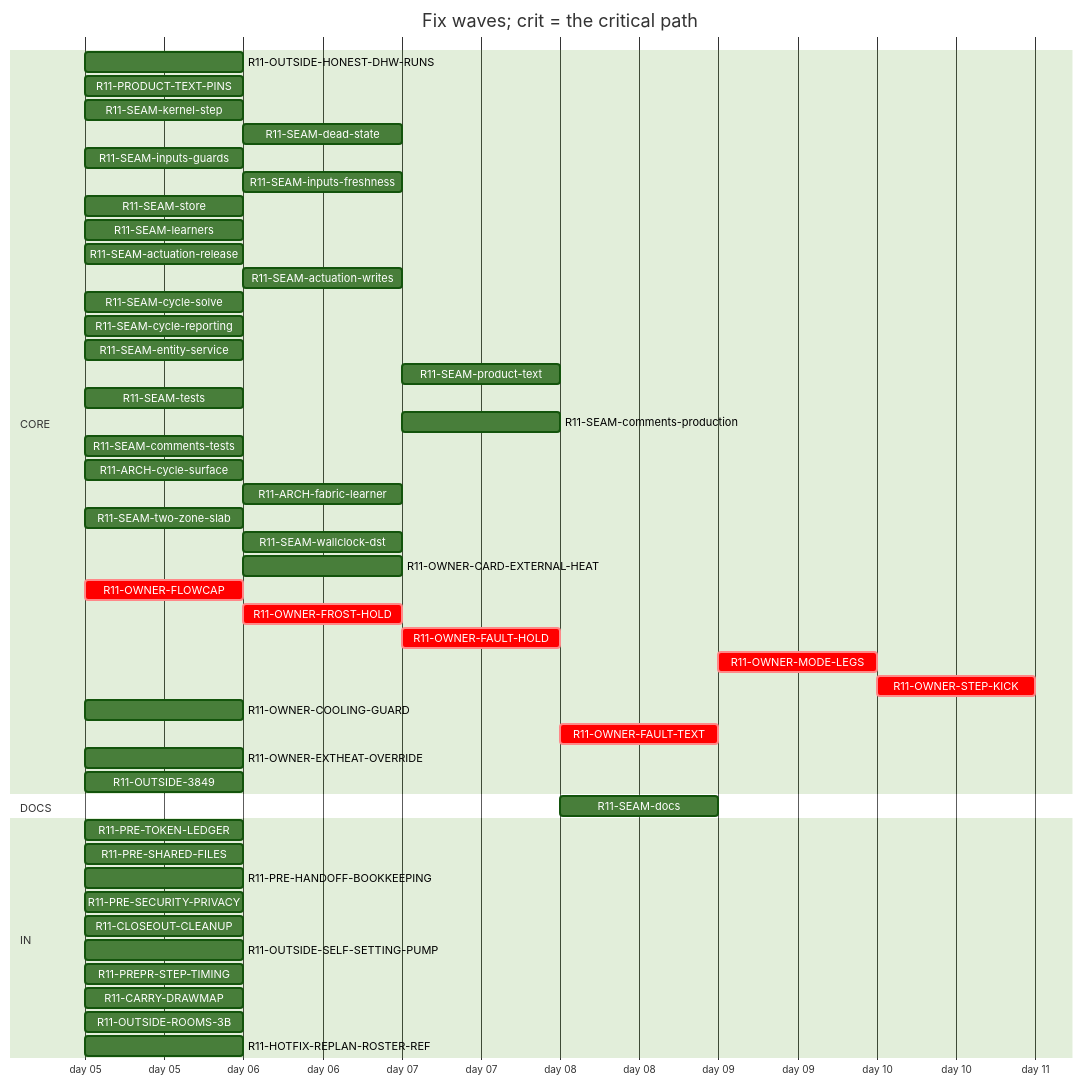
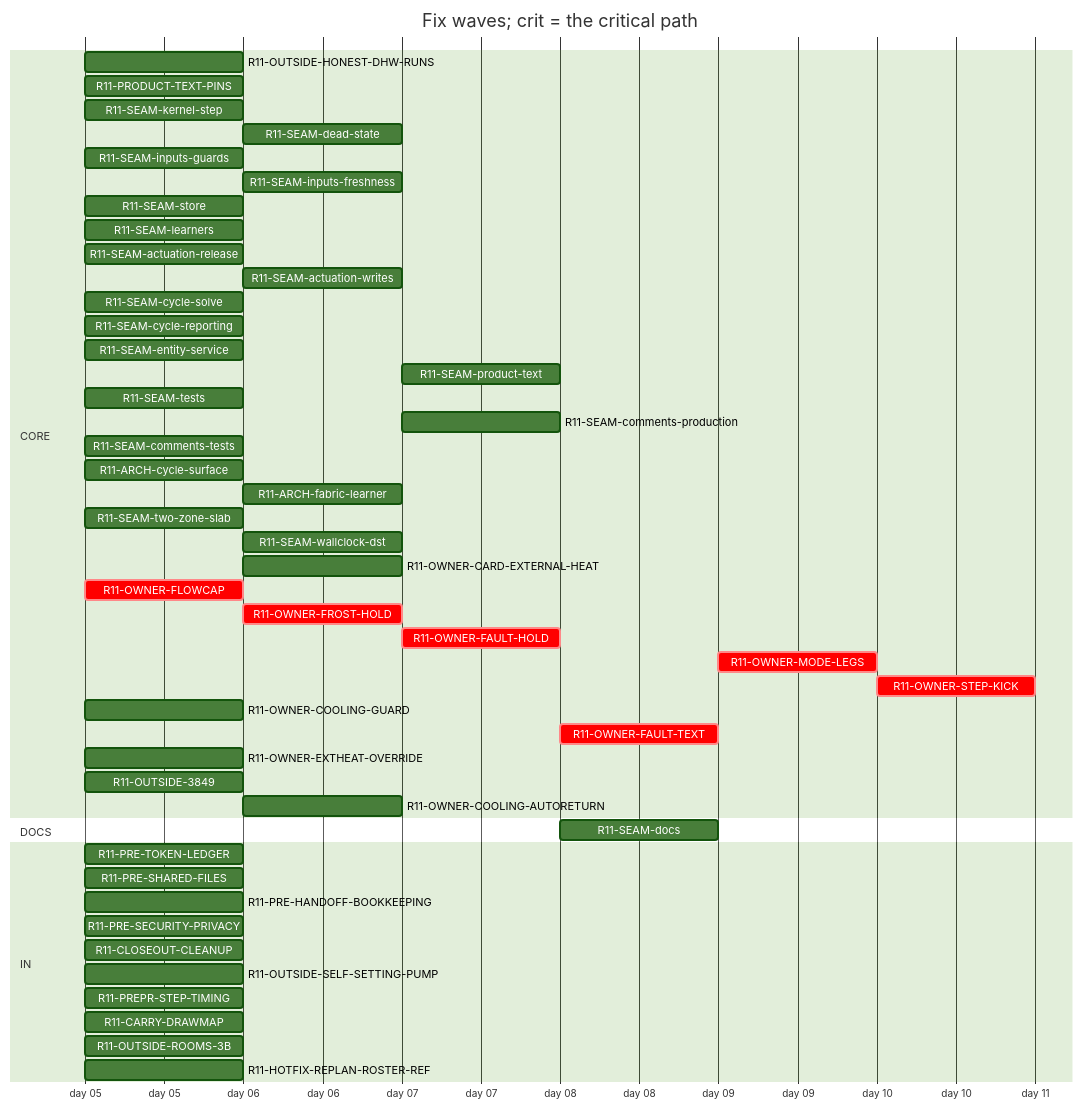
Before and after one commit to tvofi/heatpump_optimizer: the diagram in handoff/round11/state/PLAN-TABLE.md, drawn with Mermaid (forest theme). The commit also changed other lines of this file and 4 other files, not shown here.

Commit message:
state: FLOW-BOARD.md, NEXT-SESSION-PROMPT.md, PLAN-TABLE.md, PLAN.html, RESUME-CURRENT.md regenerated (state_docs.py)

````diff
--- a/handoff/round11/state/PLAN-TABLE.md
+++ b/handoff/round11/state/PLAN-TABLE.md
@@ -16,51 +16,52 @@
 ```mermaid
 gantt
   title Fix waves; crit = the critical path
   dateFormat YYYY-MM-DD
   axisFormat day %d
   section CORE
     R11-OUTSIDE-HONEST-DHW-RUNS :r11OUTSIDEHONESTDHWRUNS, 2026-01-05, 1d
     R11-PRODUCT-TEXT-PINS :r11PRODUCTTEXTPINS, 2026-01-05, 1d
     R11-SEAM-kernel-step :r11SEAMkernelstep, 2026-01-05, 1d
     R11-SEAM-dead-state :r11SEAMdeadstate, after r11SEAMstore, 1d
     R11-SEAM-inputs-guards :r11SEAMinputsguards, 2026-01-05, 1d
     R11-SEAM-inputs-freshness :r11SEAMinputsfreshness, after r11SEAMkernelstep, 1d
     R11-SEAM-store :r11SEAMstore, 2026-01-05, 1d
     R11-SEAM-learners :r11SEAMlearners, 2026-01-05, 1d
     R11-SEAM-actuation-release :r11SEAMactuationrelease, 2026-01-05, 1d
     R11-SEAM-actuation-writes :r11SEAMactuationwrites, after r11SEAMkernelstep r11SEAMactuationrelease, 1d
     R11-SEAM-cycle-solve :r11SEAMcyclesolve, 2026-01-05, 1d
     R11-SEAM-cycle-reporting :r11SEAMcyclereporting, 2026-01-05, 1d
     R11-SEAM-entity-service :r11SEAMentityservice, 2026-01-05, 1d
     R11-SEAM-product-text :r11SEAMproducttext, after r11SEAMactuationrelease r11SEAMactuationwrites r11SEAMentityservice r11SEAMinputsguards r11SEAMinputsfreshness r11SEAMcyclesolve r11SEAMcyclereporting, 1d
     R11-SEAM-tests :r11SEAMtests, 2026-01-05, 1d
     R11-SEAM-comments-production :r11SEAMcommentsproduction, after r11SEAMactuationrelease r11SEAMactuationwrites r11SEAMentityservice r11SEAMinputsguards r11SEAMinputsfreshness r11SEAMcyclesolve r11SEAMcyclereporting, 1d
     R11-SEAM-comments-tests :r11SEAMcommentstests, 2026-01-05, 1d
     R11-ARCH-cycle-surface :r11ARCHcyclesurface, 2026-01-05, 1d
     R11-ARCH-fabric-learner :r11ARCHfabriclearner, after r11SEAMlearners, 1d
     R11-SEAM-two-zone-slab :r11SEAMtwozoneslab, 2026-01-05, 1d
     R11-SEAM-wallclock-dst :r11SEAMwallclockdst, after r11SEAMkernelstep, 1d
     R11-OWNER-CARD-EXTERNAL-HEAT :r11OWNERCARDEXTERNALHEAT, after r11OWNEREXTHEATOVERRIDE, 1d
     R11-OWNER-FLOWCAP :crit, r11OWNERFLOWCAP, 2026-01-05, 1d
     R11-OWNER-FROST-HOLD :crit, r11OWNERFROSTHOLD, after r11OWNERFLOWCAP, 1d
     R11-OWNER-FAULT-HOLD :crit, r11OWNERFAULTHOLD, after r11OWNERFROSTHOLD, 1d
     R11-OWNER-MODE-LEGS :crit, r11OWNERMODELEGS, after r11OWNERFAULTTEXT, 1d
     R11-OWNER-STEP-KICK :crit, r11OWNERSTEPKICK, after r11OWNERMODELEGS, 1d
     R11-OWNER-COOLING-GUARD :r11OWNERCOOLINGGUARD, 2026-01-05, 1d
     R11-OWNER-FAULT-TEXT :crit, r11OWNERFAULTTEXT, after r11OWNERFAULTHOLD, 1d
     R11-OWNER-EXTHEAT-OVERRIDE :r11OWNEREXTHEATOVERRIDE, 2026-01-05, 1d
     R11-OUTSIDE-3849 :r11OUTSIDE3849, 2026-01-05, 1d
+    R11-OWNER-COOLING-AUTORETURN :r11OWNERCOOLINGAUTORETURN, after r11OWNERCOOLINGGUARD, 1d
   section DOCS
     R11-SEAM-docs :r11SEAMdocs, after r11SEAMlearners r11SEAMactuationrelease r11SEAMactuationwrites r11SEAMentityservice r11SEAMinputsguards r11SEAMinputsfreshness r11SEAMcyclesolve r11SEAMcyclereporting r11SEAMproducttext, 1d
   section IN
     R11-PRE-TOKEN-LEDGER :r11PRETOKENLEDGER, 2026-01-05, 1d
     R11-PRE-SHARED-FILES :r11PRESHAREDFILES, 2026-01-05, 1d
     R11-PRE-HANDOFF-BOOKKEEPING :r11PREHANDOFFBOOKKEEPING, 2026-01-05, 1d
     R11-PRE-SECURITY-PRIVACY :r11PRESECURITYPRIVACY, 2026-01-05, 1d
     R11-CLOSEOUT-CLEANUP :r11CLOSEOUTCLEANUP, 2026-01-05, 1d
     R11-OUTSIDE-SELF-SETTING-PUMP :r11OUTSIDESELFSETTINGPUMP, 2026-01-05, 1d
     R11-PREPR-STEP-TIMING :r11PREPRSTEPTIMING, 2026-01-05, 1d
     R11-CARRY-DRAWMAP :r11CARRYDRAWMAP, 2026-01-05, 1d
     R11-OUTSIDE-ROOMS-3B :r11OUTSIDEROOMS3B, 2026-01-05, 1d
     R11-HOTFIX-REPLAN-ROSTER-REF :r11HOTFIXREPLANROSTERREF, 2026-01-05, 1d
 ```
````
